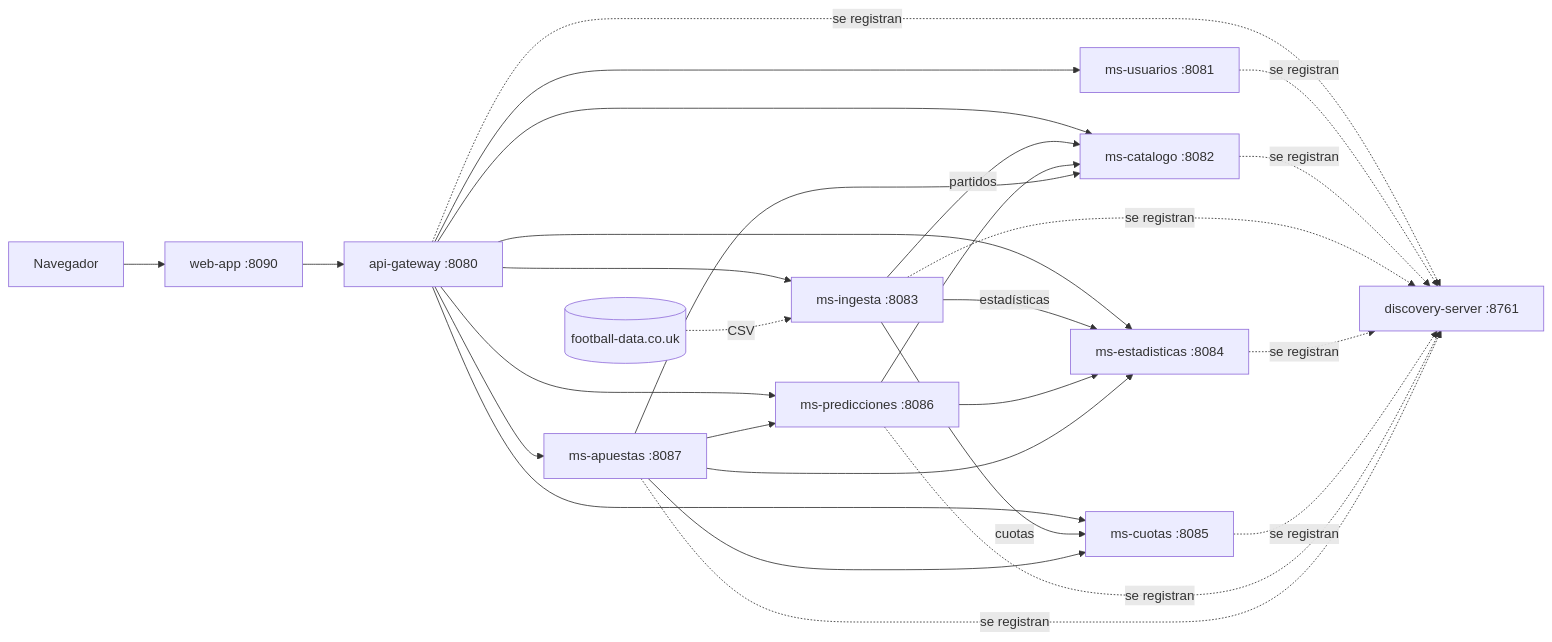
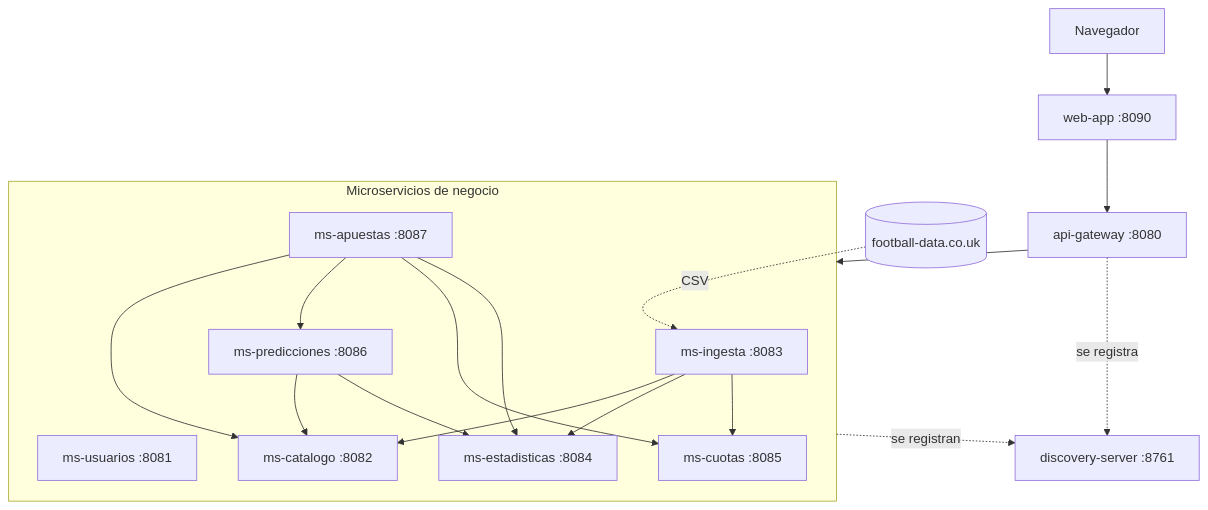
The first of 4 diagrams in docs/Documentacion.md (Renindstone/app-apuestas-universidad), drawn with Mermaid before and after one commit. The commit also changed other lines of this file and 2 other files, not shown here.

Commit message:
Documentación en Word con el formato del proyecto MTC
Genera docs/DocumentacionProyectoApuestas.docx a partir de Documentacion.md:
portada, índice con números de página, figuras numeradas (arquitectura lógica
y física, secuencia de la apuesta del día y diseño de las 6 bases de datos) y
tablas con el estilo del documento original. Los datos a completar (integrantes,
curso, docente, fecha y conclusiones) van resaltados en amarillo.

````diff
--- a/docs/Documentacion.md
+++ b/docs/Documentacion.md
@@ -225,24 +225,27 @@
 ```mermaid
-flowchart LR
+flowchart TB
     U[Navegador] --> W[web-app :8090]
     W --> G[api-gateway :8080]
-    G --> US[ms-usuarios :8081]
-    G --> CA[ms-catalogo :8082]
-    G --> IN[ms-ingesta :8083]
-    G --> ES[ms-estadisticas :8084]
-    G --> CU[ms-cuotas :8085]
-    G --> PR[ms-predicciones :8086]
-    G --> AP[ms-apuestas :8087]
-    IN -- partidos --> CA
-    IN -- estadísticas --> ES
-    IN -- cuotas --> CU
-    PR --> CA
-    PR --> ES
-    AP --> CA
-    AP --> PR
-    AP --> CU
-    AP --> ES
-    FD[(football-data.co.uk)] -.CSV.-> IN
-    D[discovery-server :8761]
-    G & US & CA & IN & ES & CU & PR & AP -. se registran .-> D
+    FD[(football-data.co.uk)] -. CSV .-> IN
+    subgraph NEG [Microservicios de negocio]
+        US[ms-usuarios :8081]
+        IN[ms-ingesta :8083]
+        CA[ms-catalogo :8082]
+        ES[ms-estadisticas :8084]
+        CU[ms-cuotas :8085]
+        PR[ms-predicciones :8086]
+        AP[ms-apuestas :8087]
+        IN --> CA
+        IN --> ES
+        IN --> CU
+        PR --> CA
+        PR --> ES
+        AP --> CA
+        AP --> PR
+        AP --> CU
+        AP --> ES
+    end
+    G --> NEG
+    NEG -. se registran .-> D[discovery-server :8761]
+    G -. se registra .-> D
 ```
````
